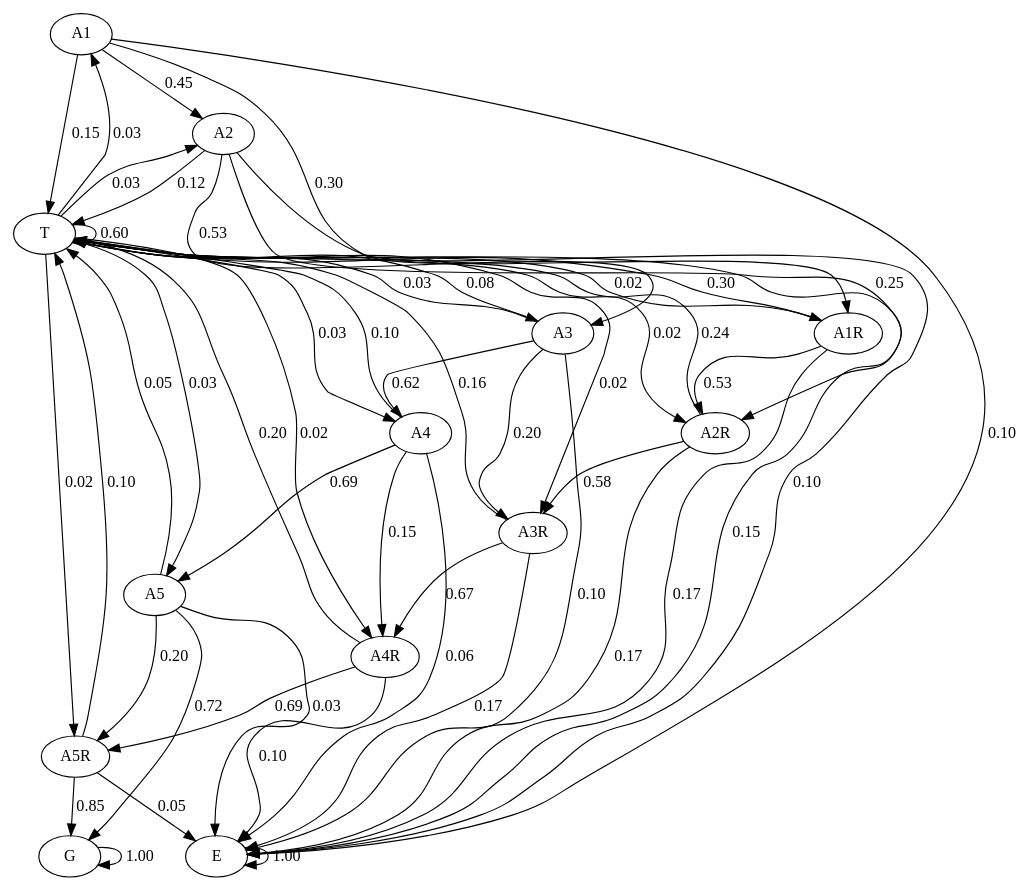
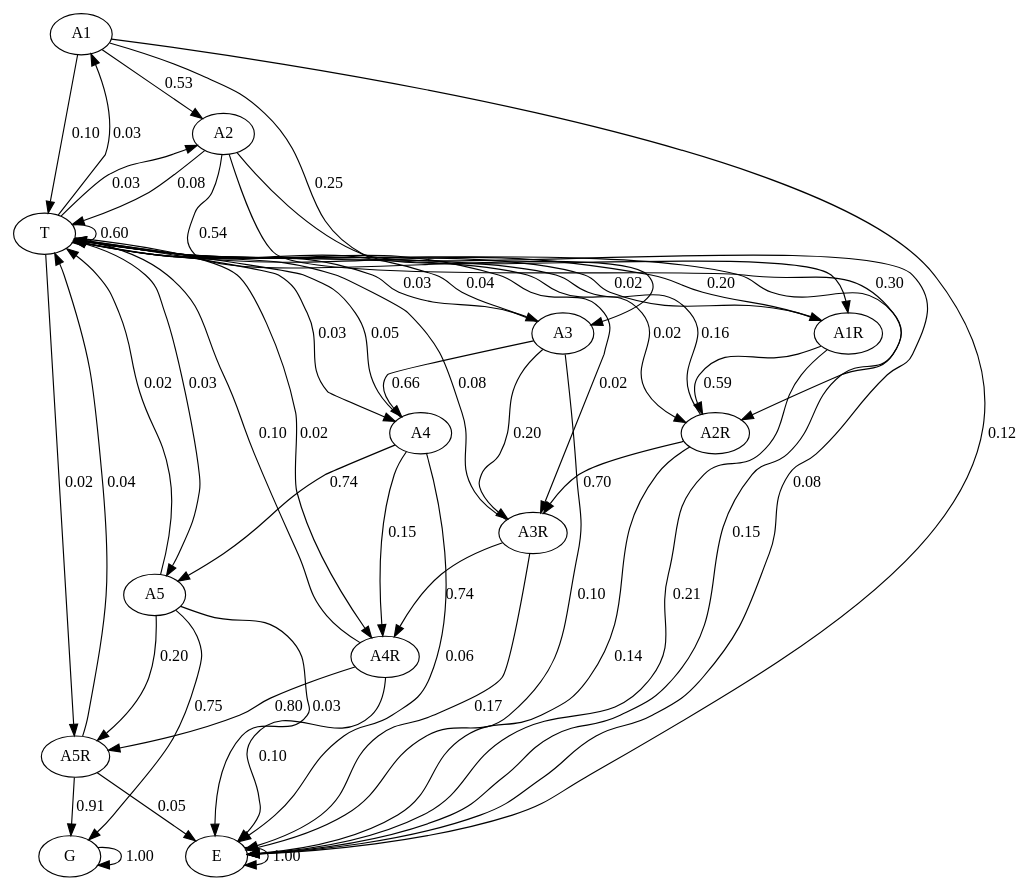
The diagram in mcT.dot (JulianaFerreira/educacao), drawn with Graphviz before and after one commit. The commit also changed 3 other files, not shown here.

```diff
--- a/mcT.dot
+++ b/mcT.dot
@@ -1,64 +1,64 @@
 digraph  {
 "A1";
 "A2";
 "A1R";
 "T";
 "E";
 "A3";
 "A2R";
 "A4";
 "A3R";
 "A5";
 "A4R";
 "A5R";
 "G";
-"A1" -> "A2"  [key=0, label="0.45", weight="0.45"];
-"A1" -> "A1R"  [key=0, label="0.30", weight="0.3"];
-"A1" -> "T"  [key=0, label="0.15", weight="0.15"];
-"A1" -> "E"  [key=0, label="0.10", weight="0.1"];
-"A2" -> "A3"  [key=0, label="0.53", weight="0.53"];
-"A2" -> "A2R"  [key=0, label="0.25", weight="0.25"];
-"A2" -> "T"  [key=0, label="0.12", weight="0.12"];
-"A2" -> "E"  [key=0, label="0.10", weight="0.1"];
-"A1R" -> "A2R"  [key=0, label="0.53", weight="0.525"];
-"A1R" -> "T"  [key=0, label="0.30", weight="0.3"];
-"A1R" -> "E"  [key=0, label="0.17", weight="0.175"];
+"A1" -> "A2"  [key=0, label="0.53", weight="0.53"];
+"A1" -> "A1R"  [key=0, label="0.25", weight="0.25"];
+"A1" -> "T"  [key=0, label="0.10", weight="0.1"];
+"A1" -> "E"  [key=0, label="0.12", weight="0.12"];
+"A2" -> "A3"  [key=0, label="0.54", weight="0.54"];
+"A2" -> "A2R"  [key=0, label="0.30", weight="0.3"];
+"A2" -> "T"  [key=0, label="0.08", weight="0.08"];
+"A2" -> "E"  [key=0, label="0.08", weight="0.08"];
+"A1R" -> "A2R"  [key=0, label="0.59", weight="0.59"];
+"A1R" -> "T"  [key=0, label="0.20", weight="0.2"];
+"A1R" -> "E"  [key=0, label="0.21", weight="0.21"];
 "T" -> "A1"  [key=0, label="0.03", weight="0.03"];
 "T" -> "A2"  [key=0, label="0.03", weight="0.03"];
 "T" -> "A3"  [key=0, label="0.03", weight="0.03"];
 "T" -> "A4"  [key=0, label="0.03", weight="0.03"];
 "T" -> "A5"  [key=0, label="0.03", weight="0.03"];
 "T" -> "A1R"  [key=0, label="0.02", weight="0.02"];
 "T" -> "A2R"  [key=0, label="0.02", weight="0.02"];
 "T" -> "A3R"  [key=0, label="0.02", weight="0.02"];
 "T" -> "A4R"  [key=0, label="0.02", weight="0.02"];
 "T" -> "A5R"  [key=0, label="0.02", weight="0.02"];
 "T" -> "T"  [key=0, label="0.60", weight="0.6"];
 "T" -> "E"  [key=0, label="0.15", weight="0.15"];
 "E" -> "E"  [key=0, label="1.00", weight="1.0"];
-"A3" -> "A4"  [key=0, label="0.62", weight="0.62"];
+"A3" -> "A4"  [key=0, label="0.66", weight="0.66"];
 "A3" -> "A3R"  [key=0, label="0.20", weight="0.2"];
-"A3" -> "T"  [key=0, label="0.08", weight="0.08"];
+"A3" -> "T"  [key=0, label="0.04", weight="0.04"];
 "A3" -> "E"  [key=0, label="0.10", weight="0.1"];
-"A2R" -> "A3R"  [key=0, label="0.58", weight="0.585"];
-"A2R" -> "T"  [key=0, label="0.24", weight="0.24"];
-"A2R" -> "E"  [key=0, label="0.17", weight="0.175"];
-"A4" -> "A5"  [key=0, label="0.69", weight="0.69"];
+"A2R" -> "A3R"  [key=0, label="0.70", weight="0.7"];
+"A2R" -> "T"  [key=0, label="0.16", weight="0.16"];
+"A2R" -> "E"  [key=0, label="0.14", weight="0.14"];
+"A4" -> "A5"  [key=0, label="0.74", weight="0.74"];
 "A4" -> "A4R"  [key=0, label="0.15", weight="0.15"];
-"A4" -> "T"  [key=0, label="0.10", weight="0.1"];
+"A4" -> "T"  [key=0, label="0.05", weight="0.05"];
 "A4" -> "E"  [key=0, label="0.06", weight="0.06"];
-"A3R" -> "A4R"  [key=0, label="0.67", weight="0.665"];
-"A3R" -> "T"  [key=0, label="0.16", weight="0.16"];
+"A3R" -> "A4R"  [key=0, label="0.74", weight="0.745"];
+"A3R" -> "T"  [key=0, label="0.08", weight="0.08"];
 "A3R" -> "E"  [key=0, label="0.17", weight="0.175"];
 "A5" -> "A5R"  [key=0, label="0.20", weight="0.2"];
-"A5" -> "T"  [key=0, label="0.05", weight="0.05"];
-"A5" -> "G"  [key=0, label="0.72", weight="0.72"];
+"A5" -> "T"  [key=0, label="0.02", weight="0.02"];
+"A5" -> "G"  [key=0, label="0.75", weight="0.75"];
 "A5" -> "E"  [key=0, label="0.03", weight="0.03"];
-"A4R" -> "A5R"  [key=0, label="0.69", weight="0.695"];
-"A4R" -> "T"  [key=0, label="0.20", weight="0.2"];
+"A4R" -> "A5R"  [key=0, label="0.80", weight="0.795"];
+"A4R" -> "T"  [key=0, label="0.10", weight="0.1"];
 "A4R" -> "E"  [key=0, label="0.10", weight="0.105"];
-"A5R" -> "T"  [key=0, label="0.10", weight="0.1"];
-"A5R" -> "G"  [key=0, label="0.85", weight="0.8475"];
+"A5R" -> "T"  [key=0, label="0.04", weight="0.04"];
+"A5R" -> "G"  [key=0, label="0.91", weight="0.9075"];
 "A5R" -> "E"  [key=0, label="0.05", weight="0.0525"];
 "G" -> "G"  [key=0, label="1.00", weight="1.0"];
 }
```
